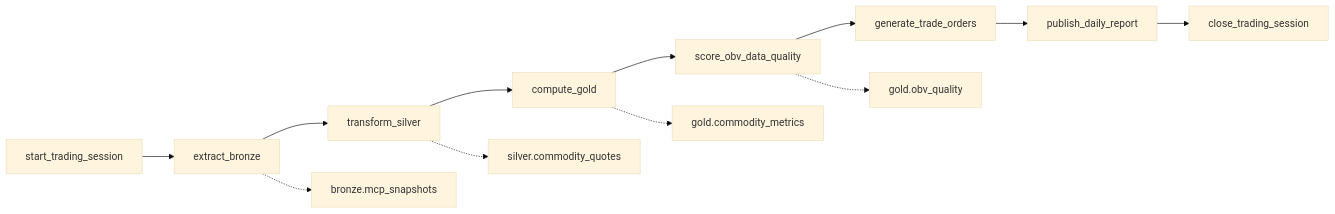
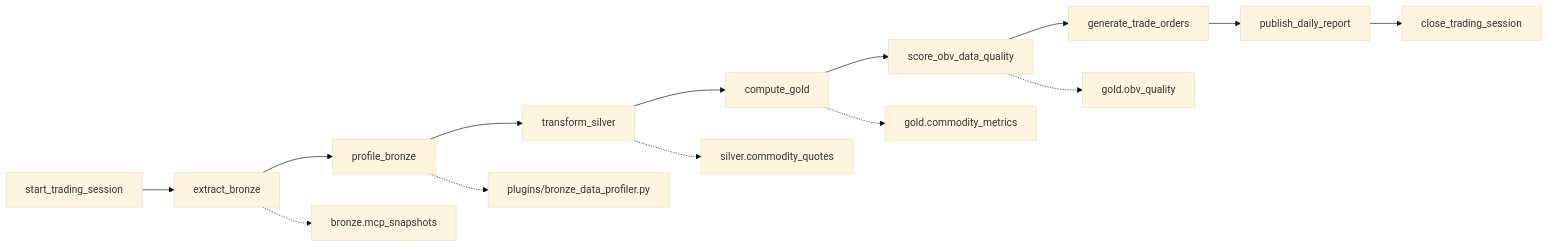
The second of 2 diagrams in default/README.md (kodirazaemo/Airflow-sample), drawn with Mermaid (base theme) before and after one commit. The commit also changed other lines of this file and 15 other files, not shown here.

First line of the commit message:
Add bronze profiler plugin and optional Terraform for S3

````diff
--- a/default/README.md
+++ b/default/README.md
@@ -91,14 +92,16 @@
 ```mermaid
 flowchart LR
   start["start_trading_session"] --> bronze["extract_bronze"]
-  bronze --> silver["transform_silver"]
+  bronze --> profile["profile_bronze"]
+  profile --> silver["transform_silver"]
   silver --> gold["compute_gold"]
   gold --> obv["score_obv_data_quality"]
   obv --> orders["generate_trade_orders"]
   orders --> report["publish_daily_report"]
   report --> close["close_trading_session"]
   bronze -.-> btbl["bronze.mcp_snapshots"]
+  profile -.-> plugin["plugins/bronze_data_profiler.py"]
   silver -.-> stbl["silver.commodity_quotes"]
   gold -.-> gtbl["gold.commodity_metrics"]
   obv -.-> qtbl["gold.obv_quality"]
 ```
````
